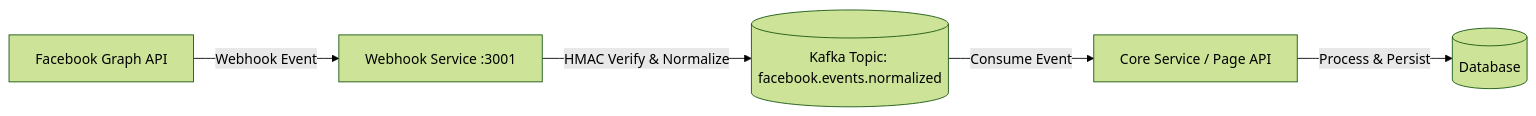
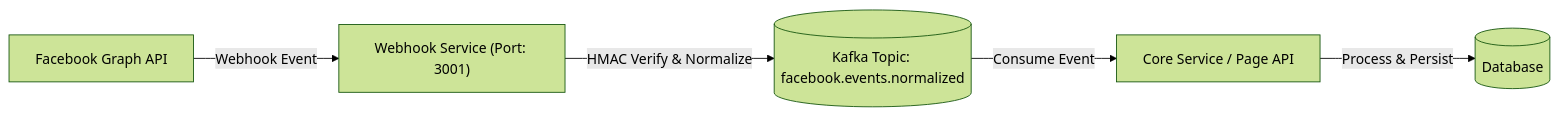
One commit to kats205/Page-API changed the diagram in README.md. Above: the diagram before and after it, drawn with Mermaid (forest theme). The commit also changed other lines of this file and 2 other files, not shown here.

````diff
--- a/README.md
+++ b/README.md
@@ -9,7 +14,7 @@
 ```mermaid
 graph LR
-    FB[Facebook Graph API] -- Webhook Event --> WS[Webhook Service :3001]
-    WS -- HMAC Verify & Normalize --> K[(Kafka Topic: facebook.events.normalized)]
-    K -- Consume Event --> CS[Core Service / Page API]
-    CS -- Process & Persist --> DB[(Database)]
+    FB["Facebook Graph API"] -- "Webhook Event" --> WS["Webhook Service (Port: 3001)"]
+    WS -- "HMAC Verify & Normalize" --> K[("Kafka Topic: facebook.events.normalized")]
+    K -- "Consume Event" --> CS["Core Service / Page API"]
+    CS -- "Process & Persist" --> DB[("Database")]
 ```
````
